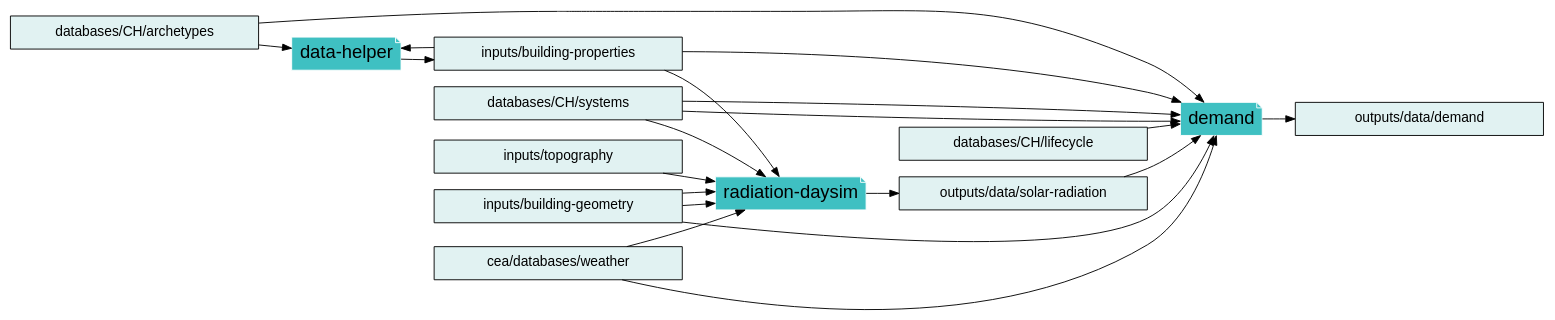
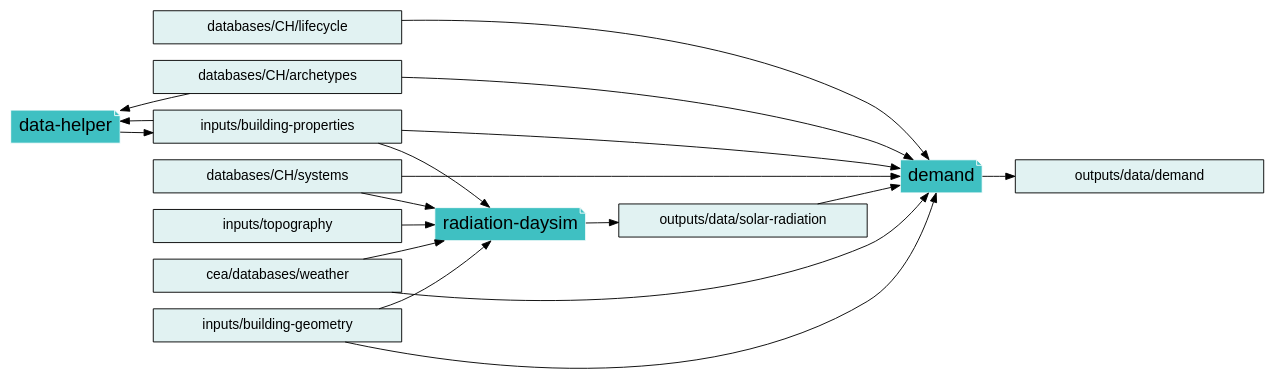
The first of 9 diagrams in docs/what-are-the-cea-scripts.rst (architecture-building-systems/CityEnergyAnalyst), drawn with Graphviz before and after one commit.

Commit message:
updated 'core' scripts digraph

```diff
--- a/docs/what-are-the-cea-scripts.rst
+++ b/docs/what-are-the-cea-scripts.rst
@@ -19,29 +19,28 @@
 .. graphviz::
 
     digraph trace_inputlocator {
         rankdir="LR";
         graph [overlap = false, fontname=arial];
         "data-helper"[shape=note, style=filled, color=white, fillcolor="#3FC0C2", fontname=arial, fontsize=20];
         "demand"[shape=note, style=filled, color=white, fillcolor="#3FC0C2", fontname=arial, fontsize=20];
         "radiation-daysim"[shape=note, style=filled, color=white, fillcolor="#3FC0C2", fontname=arial, fontsize=20];
         node [shape=box, style=filled, fillcolor="#E1F2F2", fontname=arial, fontsize=15, fixedsize=true, width=3.75]
         "databases/CH/archetypes" -> "data-helper"
         "inputs/building-properties" -> "data-helper"
         "databases/CH/archetypes" -> "demand"
         "inputs/building-properties" -> "demand"
-        "databases/CH/systems" -> "demand"
         "databases/CH/lifecycle" -> "demand"
         "outputs/data/solar-radiation" -> "demand"
         "databases/CH/systems" -> "demand"
         "cea/databases/weather" -> "demand"
         "inputs/building-geometry" -> "demand"
         "inputs/building-properties" -> "radiation-daysim"
-        "inputs/building-geometry" -> "radiation-daysim"
         "databases/CH/systems" -> "radiation-daysim"
         "inputs/topography" -> "radiation-daysim"
         "cea/databases/weather" -> "radiation-daysim"
         "inputs/building-geometry" -> "radiation-daysim"
         "data-helper" -> "inputs/building-properties"
         "demand" -> "outputs/data/demand"
         "radiation-daysim" -> "outputs/data/solar-radiation"
+        {rank=same "databases/CH/lifecycle" "databases/CH/archetypes" "inputs/building-geometry" "databases/CH/systems" "inputs/topography" "cea/databases/weather" "inputs/building-properties"}
     }
```
